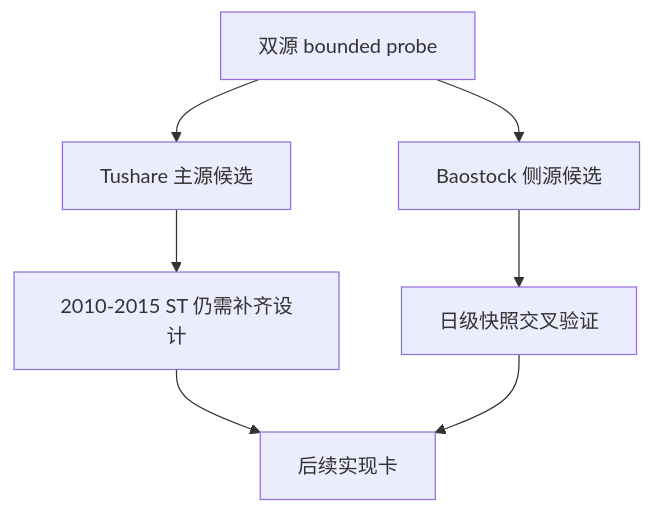
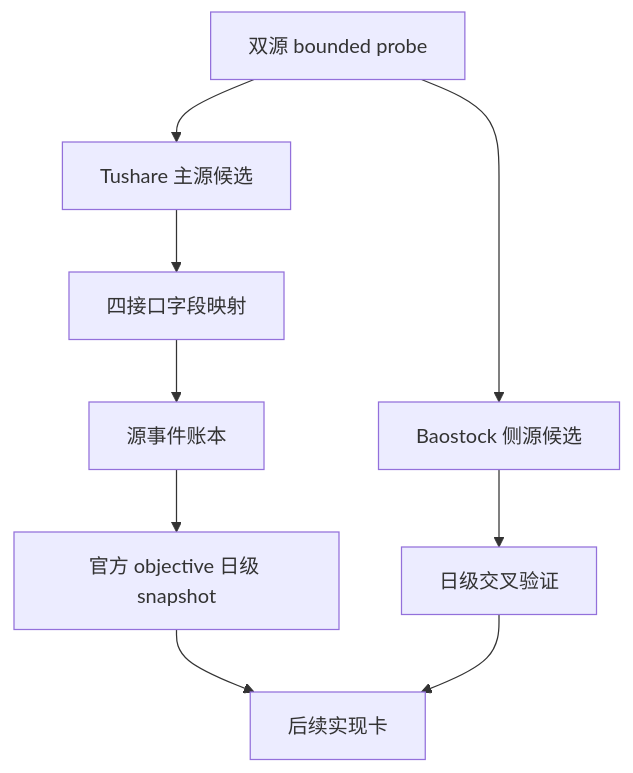
One commit to everything-is-simple/lifespan-0.01 changed the diagram in docs/03-execution/70-historical-objective-profile-backfill-source-selection-and-governance-conclusion-20260415.md. Above: the diagram before and after it, drawn with Mermaid. The commit also changed other lines of this file and 5 other files, not shown here.

````diff
--- a/docs/03-execution/70-historical-objective-profile-backfill-source-selection-and-governance-conclusion-20260415.md
+++ b/docs/03-execution/70-historical-objective-profile-backfill-source-selection-and-governance-conclusion-20260415.md
@@ -45,9 +50,11 @@
 ```mermaid
 flowchart TD
     A["双源 bounded probe"] --> B["Tushare 主源候选"]
     A --> C["Baostock 侧源候选"]
-    B --> D["2010-2015 ST 仍需补齐设计"]
-    C --> E["日级快照交叉验证"]
-    D --> F["后续实现卡"]
-    E --> F
+    B --> D["四接口字段映射"]
+    D --> E["源事件账本"]
+    E --> F["官方 objective 日级 snapshot"]
+    C --> G["日级交叉验证"]
+    F --> H["后续实现卡"]
+    G --> H
 ```
````
